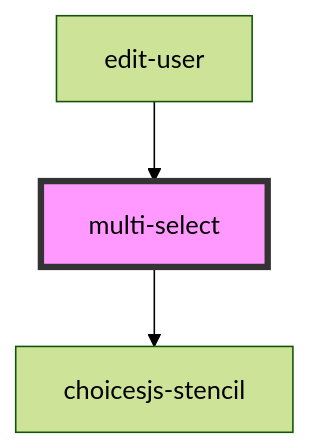
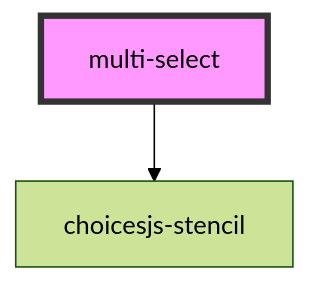
Before and after one commit to techvariable/NeptuneConnectComponents: the diagram in src/components/multi-select/readme.md, drawn with Mermaid (forest theme). The commit also changed other lines of this file and 12 other files, not shown here.

Commit message:
updated edit user component for adding multiple roles multi select

````diff
--- a/src/components/multi-select/readme.md
+++ b/src/components/multi-select/readme.md
@@ -28,6 +29,5 @@
 ```mermaid
 graph TD;
   multi-select --> choicesjs-stencil
-  edit-user --> multi-select
   style multi-select fill:#f9f,stroke:#333,stroke-width:4px
 ```
````
